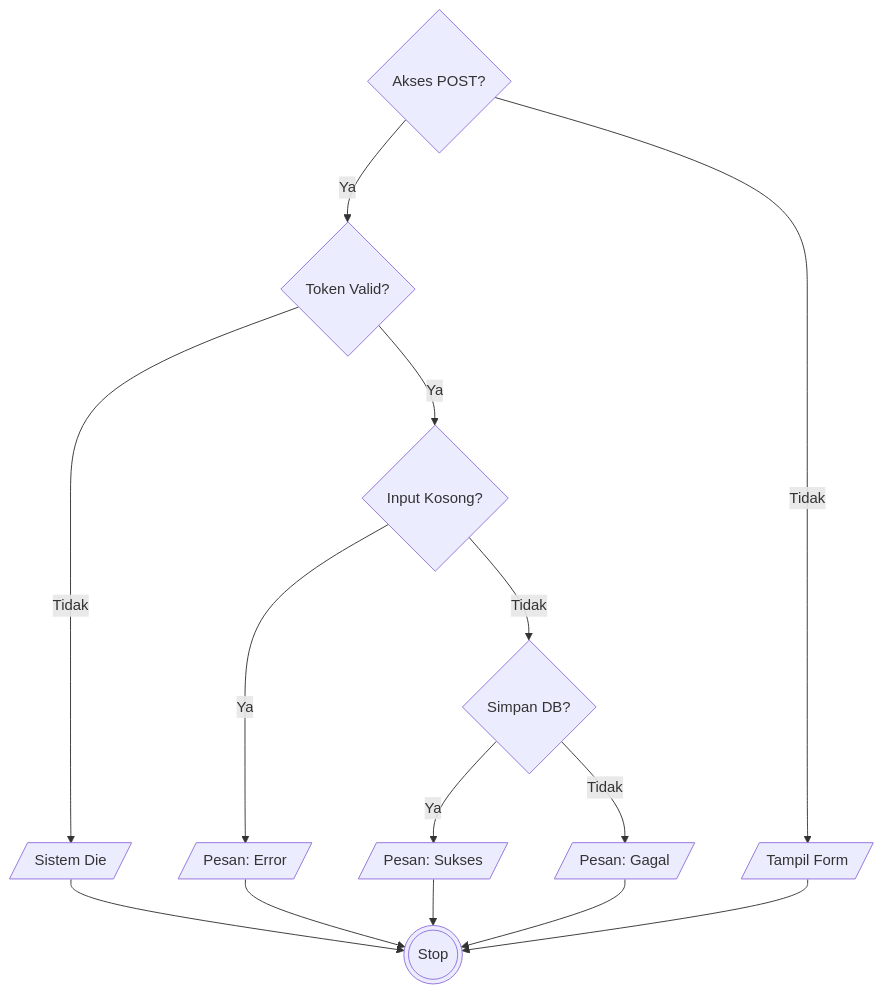
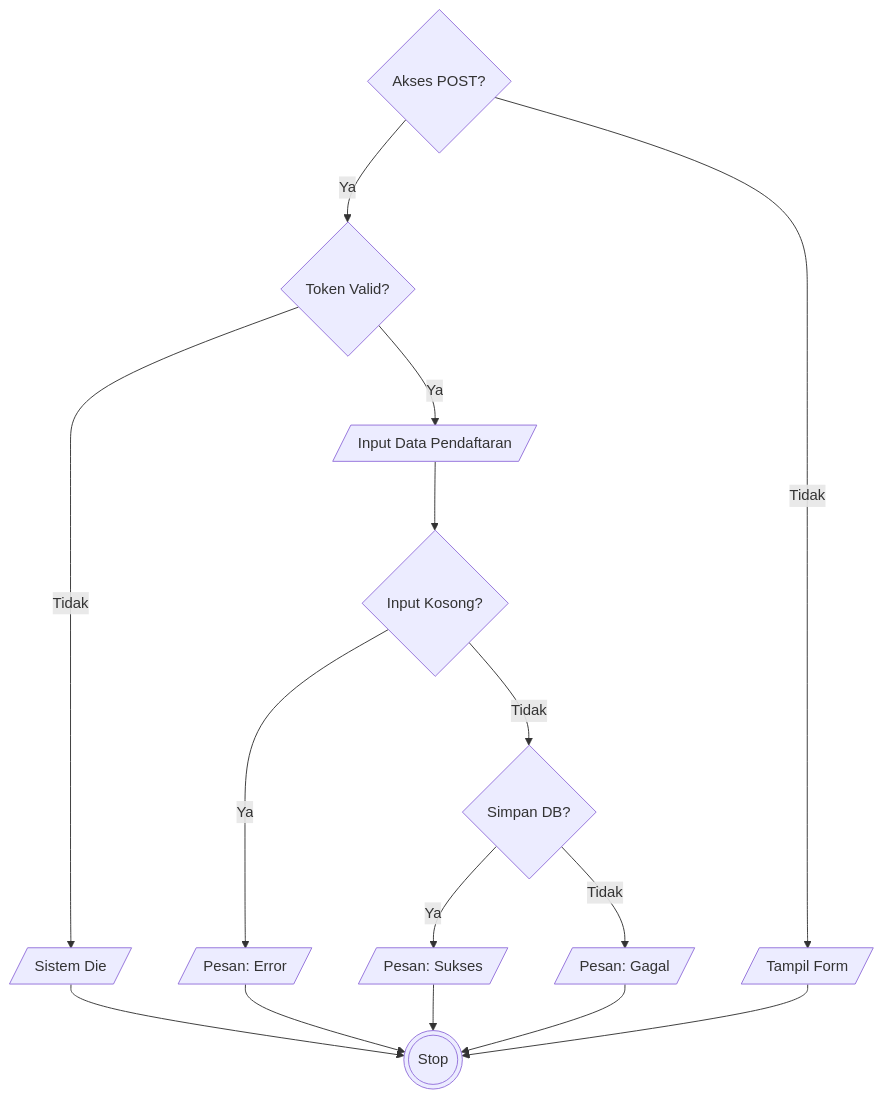
The third of 6 diagrams in docs/07_PENGUJIAN_WHITE_BOX.md (arbain-dev/Web_fikom), drawn with Mermaid before and after one commit. The commit also changed other lines of this file, not shown here.

Commit message:
docs: menambahkan node input pada flowchart pengujian white box

````diff
--- a/docs/07_PENGUJIAN_WHITE_BOX.md
+++ b/docs/07_PENGUJIAN_WHITE_BOX.md
@@ -139,20 +143,21 @@
 ```mermaid
 flowchart TD
     1{Akses POST?} -->|Ya| 2{Token Valid?}
-    1 -->|Tidak| 9[/Tampil Form/]
+    1 -->|Tidak| 10[/Tampil Form/]
     
     2 -->|Tidak| 3[/Sistem Die/]
-    2 -->|Ya| 4{Input Kosong?}
+    2 -->|Ya| 4[/Input Data Pendaftaran/]
     
-    4 -->|Ya| 5[/Pesan: Error/]
-    4 -->|Tidak| 6{Simpan DB?}
+    4 --> 5{Input Kosong?}
+    5 -->|Ya| 6[/Pesan: Error/]
+    5 -->|Tidak| 7{Simpan DB?}
     
-    6 -->|Ya| 7[/Pesan: Sukses/]
-    6 -->|Tidak| 8[/Pesan: Gagal/]
+    7 -->|Ya| 8[/Pesan: Sukses/]
+    7 -->|Tidak| 9[/Pesan: Gagal/]
     
-    3 --> 10(((Stop)))
-    5 --> 10
-    7 --> 10
-    8 --> 10
-    9 --> 10
+    3 --> 11(((Stop)))
+    6 --> 11
+    8 --> 11
+    9 --> 11
+    10 --> 11
 ```
````
